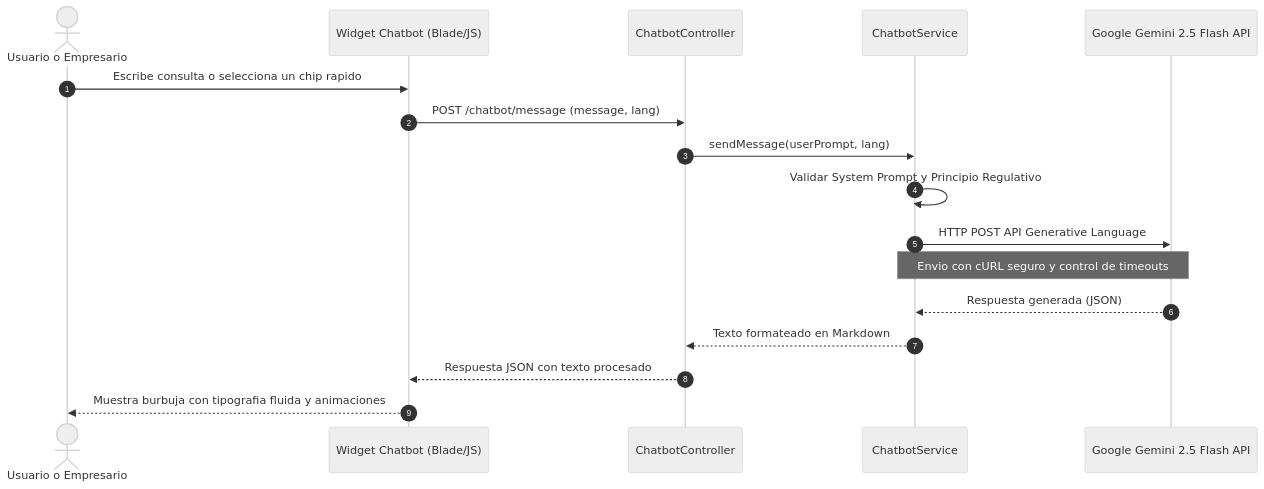
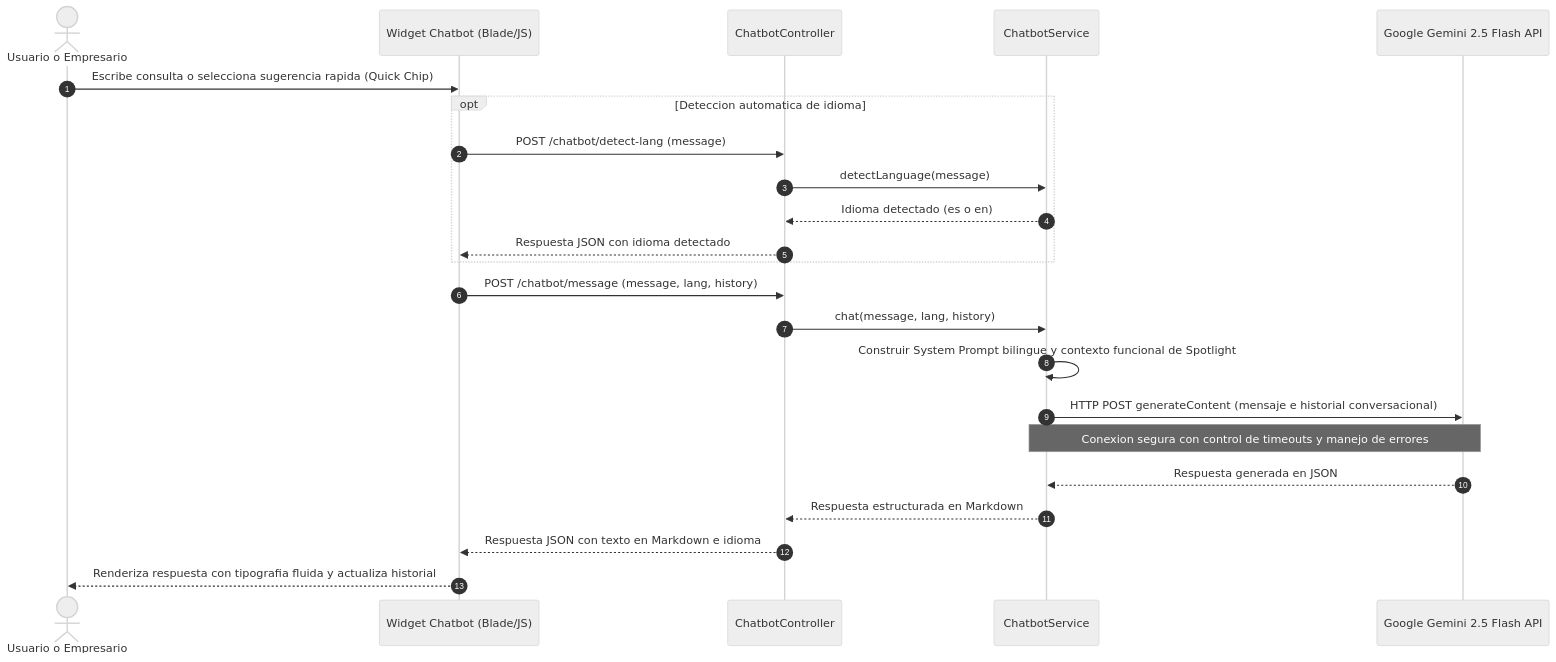
The third of 3 diagrams in CASOS_DE_USO.md (JuanZzz7/Spotlight), drawn with Mermaid (neutral theme) before and after one commit. The commit also changed other lines of this file and 26 other files, not shown here.

````diff
--- a/CASOS_DE_USO.md
+++ b/CASOS_DE_USO.md
@@ -142,20 +172,26 @@
 ```mermaid
 sequenceDiagram
     autonumber
     actor Usuario as Usuario o Empresario
     participant Widget as Widget Chatbot (Blade/JS)
     participant ChatbotCtrl as ChatbotController
     participant AIService as ChatbotService
     participant Gemini as Google Gemini 2.5 Flash API
 
-    Usuario->>Widget: Escribe consulta o selecciona un chip rapido
-    Widget->>ChatbotCtrl: POST /chatbot/message (message, lang)
-    ChatbotCtrl->>AIService: sendMessage(userPrompt, lang)
-    AIService->>AIService: Validar System Prompt y Principio Regulativo
-    AIService->>Gemini: HTTP POST API Generative Language
-    Note over AIService,Gemini: Envio con cURL seguro y control de timeouts
-    Gemini-->>AIService: Respuesta generada (JSON)
-    AIService-->>ChatbotCtrl: Texto formateado en Markdown
-    ChatbotCtrl-->>Widget: Respuesta JSON con texto procesado
-    Widget-->>Usuario: Muestra burbuja con tipografia fluida y animaciones
+    Usuario->>Widget: Escribe consulta o selecciona sugerencia rapida (Quick Chip)
+    opt Deteccion automatica de idioma
+        Widget->>ChatbotCtrl: POST /chatbot/detect-lang (message)
+        ChatbotCtrl->>AIService: detectLanguage(message)
+        AIService-->>ChatbotCtrl: Idioma detectado (es o en)
+        ChatbotCtrl-->>Widget: Respuesta JSON con idioma detectado
+    end
+    Widget->>ChatbotCtrl: POST /chatbot/message (message, lang, history)
+    ChatbotCtrl->>AIService: chat(message, lang, history)
+    AIService->>AIService: Construir System Prompt bilingue y contexto funcional de Spotlight
+    AIService->>Gemini: HTTP POST generateContent (mensaje e historial conversacional)
+    Note over AIService,Gemini: Conexion segura con control de timeouts y manejo de errores
+    Gemini-->>AIService: Respuesta generada en JSON
+    AIService-->>ChatbotCtrl: Respuesta estructurada en Markdown
+    ChatbotCtrl-->>Widget: Respuesta JSON con texto en Markdown e idioma
+    Widget-->>Usuario: Renderiza respuesta con tipografia fluida y actualiza historial
 ```
````
